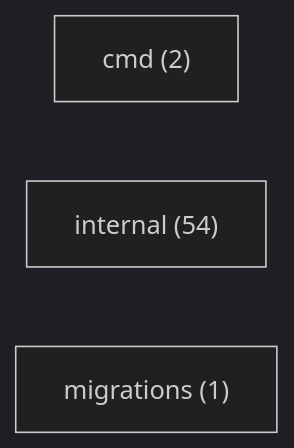
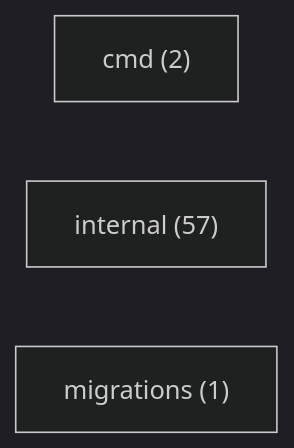
The diagram in DOC/System/mapa/inventario.md (mauriciomiwa/ominicore-service), drawn with Mermaid (dark theme) before and after one commit. The commit also changed other lines of this file and 34 other files, not shown here.

````diff
--- a/DOC/System/mapa/inventario.md
+++ b/DOC/System/mapa/inventario.md
@@ -14,6 +14,6 @@
 ```mermaid
 graph LR
   cmd["cmd (2)"]
-  internal["internal (54)"]
+  internal["internal (57)"]
   migrations["migrations (1)"]
 ```
````
